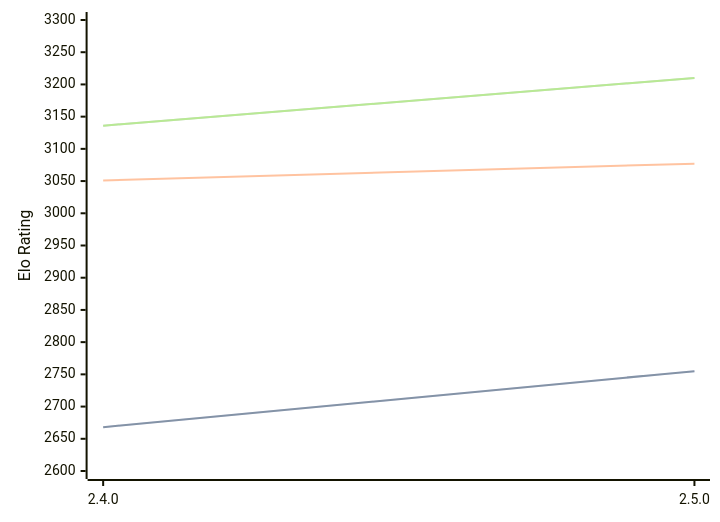
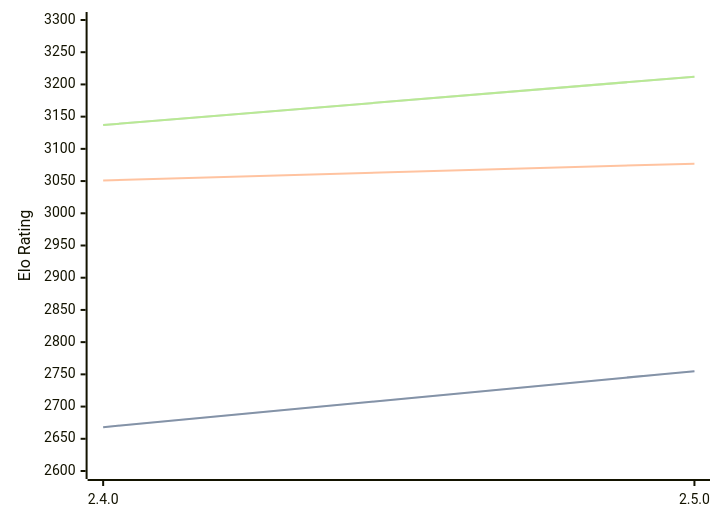
The diagram in engines/Sturddle2.md (computer-chess-index/cci), drawn with Mermaid before and after one commit. The commit also changed other lines of this file, not shown here.

Commit message:
Update CCI Ratings (ELO VLTC) - 2026-05-03

````diff
--- a/engines/Sturddle2.md
+++ b/engines/Sturddle2.md
@@ -37,11 +37,11 @@
 ```mermaid
 %%{init: {"theme":"base","themeVariables":{"seriesColors:['#a3a3a3','#222221','#faa371']}}}%%
 xychart-beta
   x-axis ["2.4.0", "2.5.0"]
   y-axis "Elo Rating" 2600 --> 3300
   line "STC (8.0+0.08s)" [2668, 2755]
   line "STC (8.0+0.08s)" [2668, 2755]
   line "LTC (60.0+0.60s)" [3051, 3077]
-  line "VLTC (2m24s+1.12s)" [3136, 3210]
-  line "VLTC (2m24s+1.12s)" [3136, 3210]
+  line "VLTC (2m24s+1.12s)" [3137, 3212]
+  line "VLTC (2m24s+1.12s)" [3137, 3212]
 ```
````
